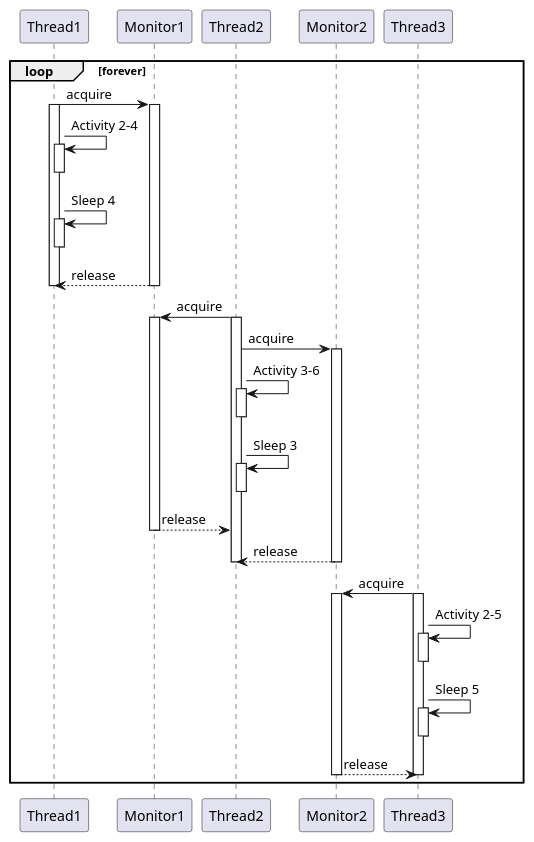
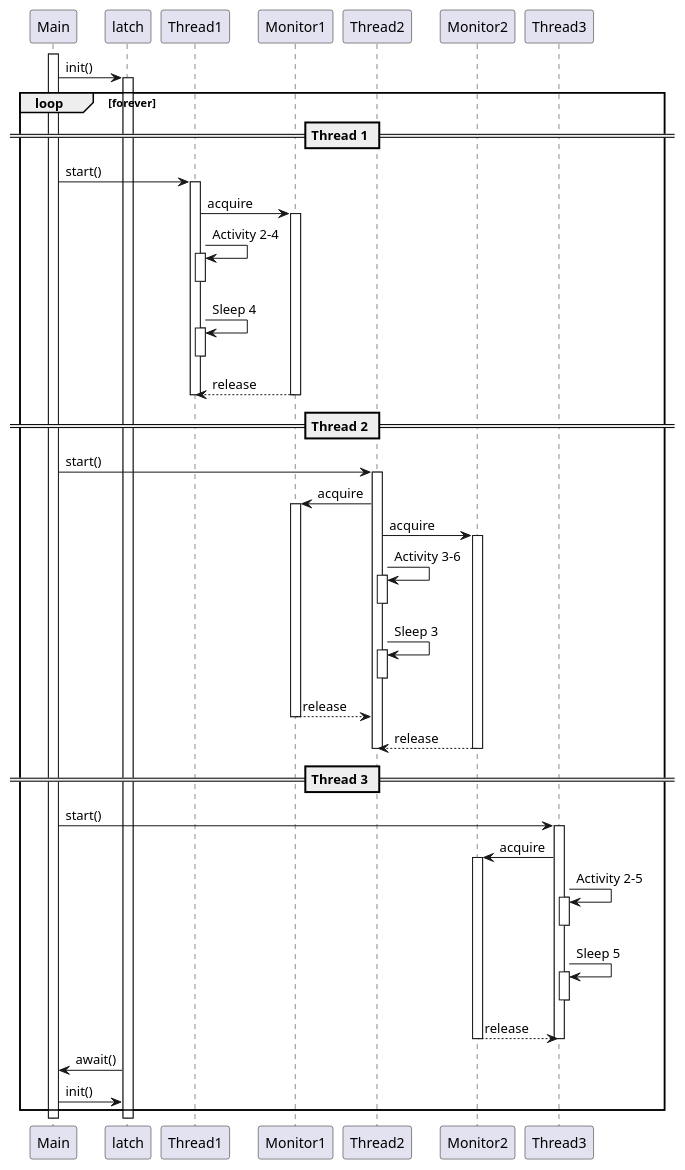
The diagram in RTS/src/LabSession5/Lab7/App2/Diagrams/SequenceDIagram.puml (ileacosmin/IleaCosmin_30333_RTSLAB), drawn with PlantUML before and after one commit. The commit also changed 6 other files, not shown here.

Commit message:
fixed some diagrams

```diff
--- a/RTS/src/LabSession5/Lab7/App2/Diagrams/SequenceDIagram.puml
+++ b/RTS/src/LabSession5/Lab7/App2/Diagrams/SequenceDIagram.puml
@@ -1,50 +1,61 @@
 @startuml
 
+activate Main
+Main -> latch : init()
+activate latch
 loop forever
 
-
+    == Thread 1 ==
+    Main -> Thread1 : start()
+    activate Thread1
     Thread1 -> Monitor1: acquire
-    activate Thread1
     activate Monitor1
     Thread1 -> Thread1: Activity 2-4
     activate Thread1
     deactivate Thread1
     Thread1 -> Thread1: Sleep 4
     activate Thread1
     deactivate Thread1
     Thread1 <-- Monitor1: release
     deactivate Monitor1
     deactivate Thread1
 
+    == Thread 2 ==
+    Main -> Thread2 : start()
+    activate Thread2
     Thread2 -> Monitor1: acquire
-    activate Thread2
     activate Monitor1
     Thread2 -> Monitor2: acquire
     activate Monitor2
     Thread2 -> Thread2: Activity 3-6
     activate Thread2
     deactivate Thread2
     Thread2 -> Thread2: Sleep 3
     activate Thread2
     deactivate Thread2
-    Thread2 <-- Monitor1 : release
+    Thread2 <-- Monitor1: release
     deactivate Monitor1
-    Thread2 <-- Monitor2 : release
+    Thread2 <-- Monitor2: release
     deactivate Monitor2
     deactivate Thread2
 
+    == Thread 3 ==
+    Main -> Thread3 : start()
+    activate Thread3
     Thread3 -> Monitor2: acquire
-    activate Thread3
     activate Monitor2
     Thread3 -> Thread3: Activity 2-5
     activate Thread3
     deactivate Thread3
     Thread3 -> Thread3: Sleep 5
     activate Thread3
     deactivate Thread3
     Thread3 <-- Monitor2: release
     deactivate Monitor2
     deactivate Thread3
+
+    latch -> Main : await()
+    Main -> latch : init()
 end loop
 
 @enduml
```
